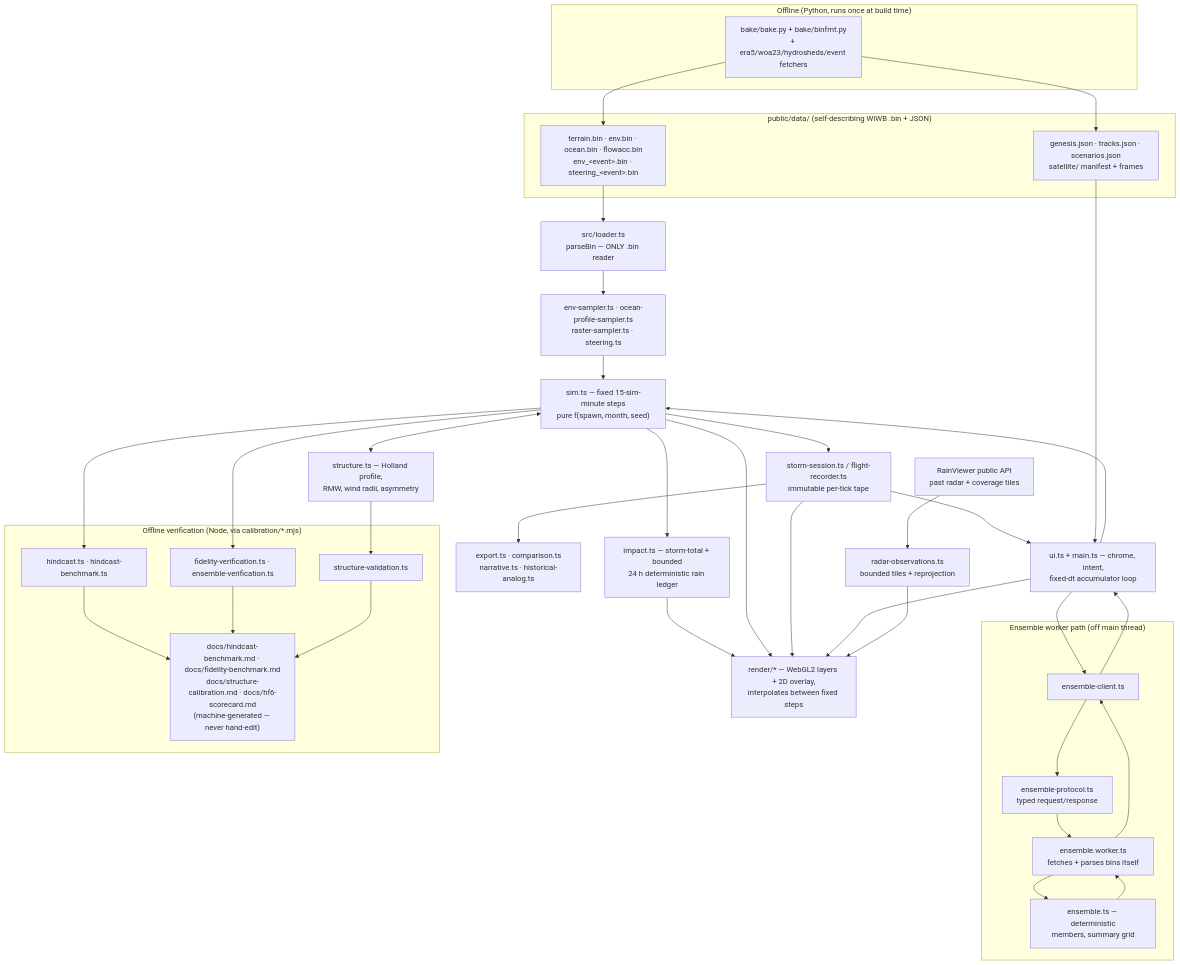
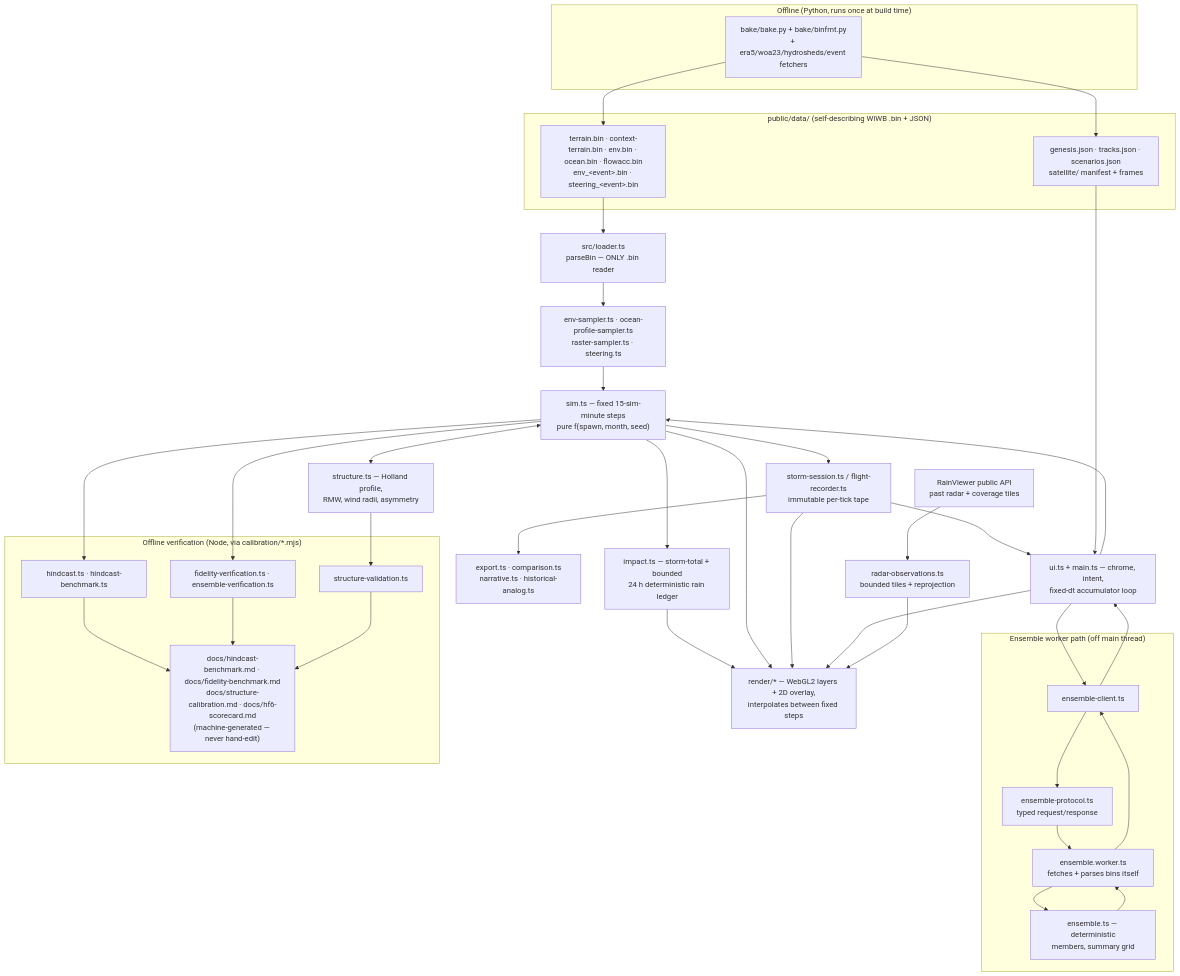
Before and after one commit to NasserAlbusaidi/wallah-its-windy: the diagram in docs/architecture.md, drawn with Mermaid. The commit also changed other lines of this file and 45 other files, not shown here.

````diff
--- a/docs/architecture.md
+++ b/docs/architecture.md
@@ -27,60 +27,60 @@
 ```mermaid
 flowchart TD
   subgraph offline["Offline (Python, runs once at build time)"]
     BAKE["bake/bake.py + bake/binfmt.py<br/>+ era5/woa23/hydrosheds/event fetchers"]
   end
 
   subgraph assets["public/data/ (self-describing WIWB .bin + JSON)"]
-    BINS["terrain.bin · env.bin · ocean.bin · flowacc.bin<br/>env_&lt;event&gt;.bin · steering_&lt;event&gt;.bin"]
+    BINS["terrain.bin · context-terrain.bin · env.bin · ocean.bin · flowacc.bin<br/>env_&lt;event&gt;.bin · steering_&lt;event&gt;.bin"]
     JSONS["genesis.json · tracks.json · scenarios.json<br/>satellite/ manifest + frames"]
   end
 
   LOADER["src/loader.ts<br/>parseBin — ONLY .bin reader"]
   SAMPLERS["env-sampler.ts · ocean-profile-sampler.ts<br/>raster-sampler.ts · steering.ts"]
   SIM["sim.ts — fixed 15-sim-minute steps<br/>pure f(spawn, month, seed)"]
   STRUCT["structure.ts — Holland profile,<br/>RMW, wind radii, asymmetry"]
   TAPE["storm-session.ts / flight-recorder.ts<br/>immutable per-tick tape"]
   RENDER["render/* — WebGL2 layers + 2D overlay,<br/>interpolates between fixed steps"]
   UI["ui.ts + main.ts — chrome, intent,<br/>fixed-dt accumulator loop"]
   IMPACT["impact.ts — storm-total + bounded<br/>24 h deterministic rain ledger"]
   RADARAPI["RainViewer public API<br/>past radar + coverage tiles"]
   RADARBOUNDARY["radar-observations.ts<br/>bounded tiles + reprojection"]
   DOWNSTREAM["export.ts · comparison.ts<br/>narrative.ts · historical-analog.ts"]
 
   BAKE --> BINS
   BAKE --> JSONS
   BINS --> LOADER --> SAMPLERS --> SIM
   SIM <--> STRUCT
   SIM --> TAPE --> DOWNSTREAM
   SIM --> IMPACT
   IMPACT --> RENDER
   SIM --> RENDER
   TAPE --> RENDER
   TAPE --> UI
   JSONS --> UI
   UI --> SIM
   UI --> RENDER
   RADARAPI --> RADARBOUNDARY --> RENDER
 
   subgraph worker["Ensemble worker path (off main thread)"]
     CLIENT["ensemble-client.ts"]
     PROTO["ensemble-protocol.ts<br/>typed request/response"]
     WORKER["ensemble.worker.ts<br/>fetches + parses bins itself"]
     ENS["ensemble.ts — deterministic<br/>members, summary grid"]
   end
   UI --> CLIENT --> PROTO --> WORKER --> ENS
   ENS --> WORKER --> CLIENT --> UI
 
   subgraph verify["Offline verification (Node, via calibration/*.mjs)"]
     HIND["hindcast.ts · hindcast-benchmark.ts"]
     FID["fidelity-verification.ts · ensemble-verification.ts"]
     SVAL["structure-validation.ts"]
     REPORTS["docs/hindcast-benchmark.md · docs/fidelity-benchmark.md<br/>docs/structure-calibration.md · docs/hf6-scorecard.md<br/>(machine-generated — never hand-edit)"]
   end
   SIM --> HIND
   SIM --> FID
   STRUCT --> SVAL
   HIND --> REPORTS
   FID --> REPORTS
   SVAL --> REPORTS
 ```
````
